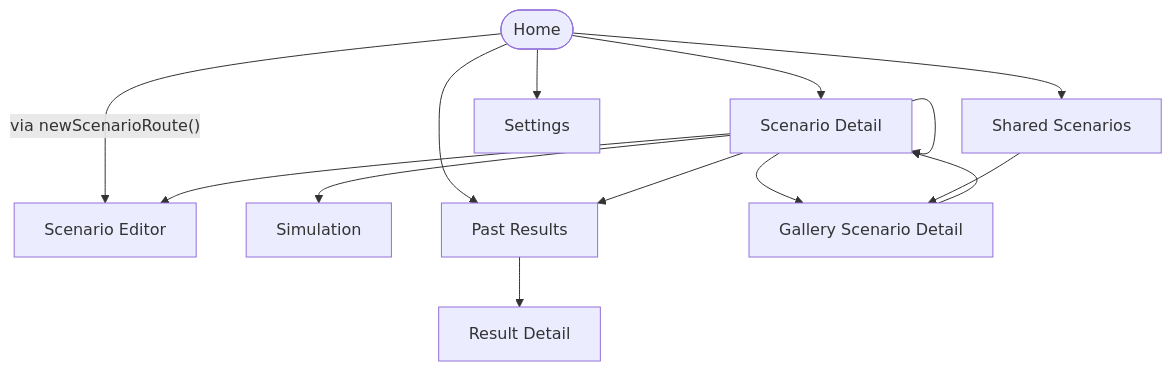
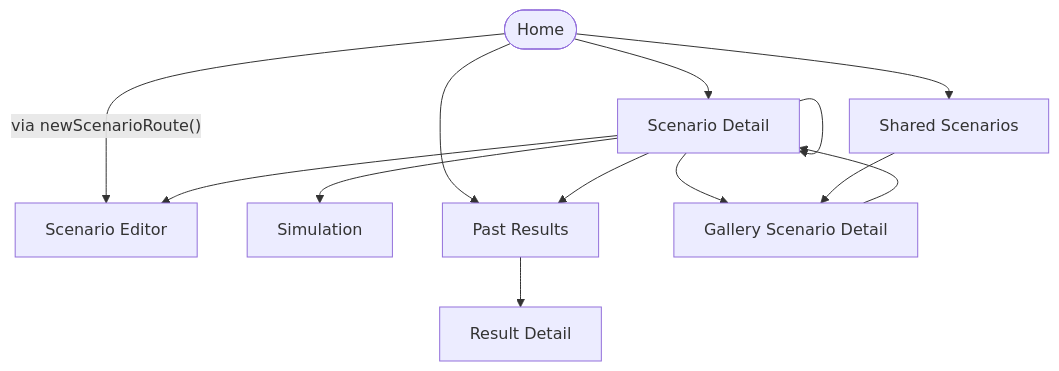
The diagram in docs/design/navigation-map.md (tyabu12/pastura), drawn with Mermaid before and after one commit. The commit also changed other lines of this file, not shown here.

Commit message:
📝 docs: regenerate navigation-map after Route.settings removal (Home P1 ②)
The CI navigation-map drift guard regenerates the screen graph from the
`Route` enum + NavigationLink callsites. Removing `Route.settings` drops
the settings node, its `home --> settings` edge, and the tour table row.
Settings is now a tab root, outside the root-stack Route graph this map
covers.

Part of #612

````diff
--- a/docs/design/navigation-map.md
+++ b/docs/design/navigation-map.md
@@ -13,25 +13,23 @@
 ```mermaid
 flowchart TD
   home([Home])
   scenarioDetail["Scenario Detail"]
   editor["Scenario Editor"]
   simulation["Simulation"]
   results["Past Results"]
   resultDetail["Result Detail"]
   sharedScenarios["Shared Scenarios"]
   galleryScenarioDetail["Gallery Scenario Detail"]
-  settings["Settings"]
   galleryScenarioDetail --> scenarioDetail
   home -->|"via newScenarioRoute()"| editor
   home --> results
   home --> scenarioDetail
-  home --> settings
   home --> sharedScenarios
   results --> resultDetail
   scenarioDetail --> editor
   scenarioDetail --> galleryScenarioDetail
   scenarioDetail --> results
   scenarioDetail --> scenarioDetail
   scenarioDetail --> simulation
   sharedScenarios --> galleryScenarioDetail
 ```
````
